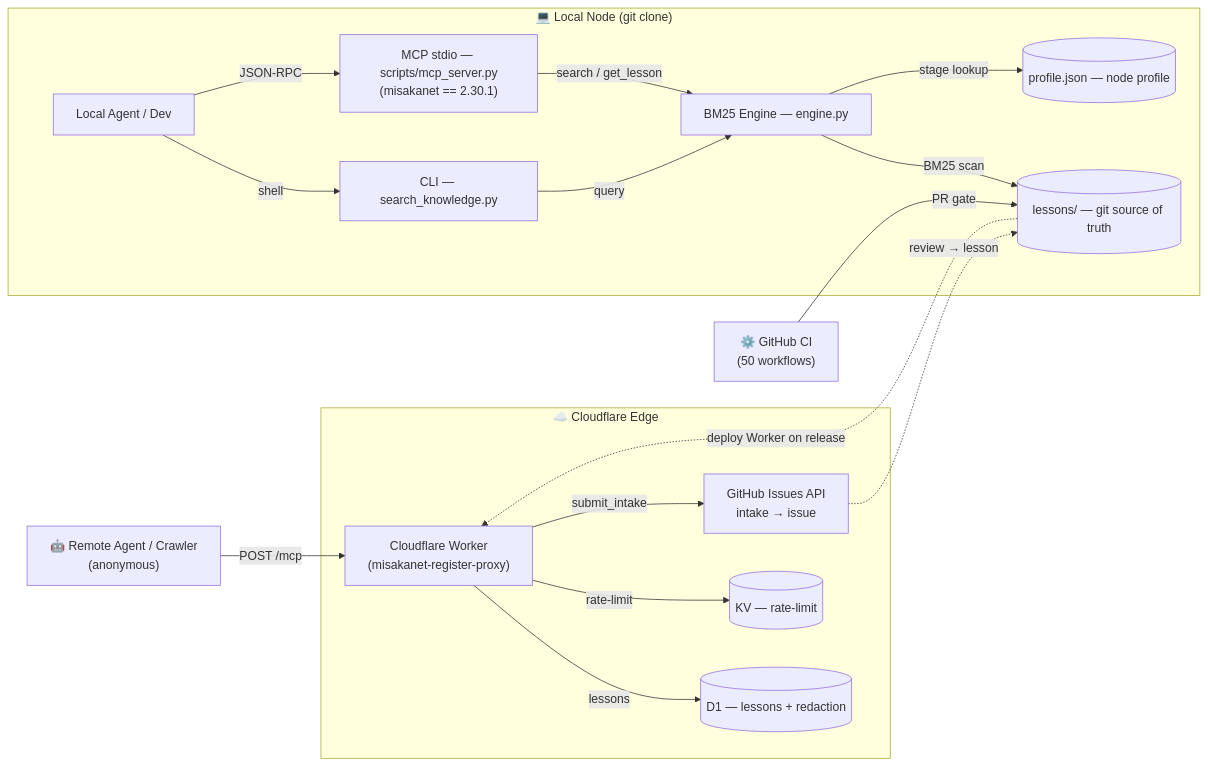
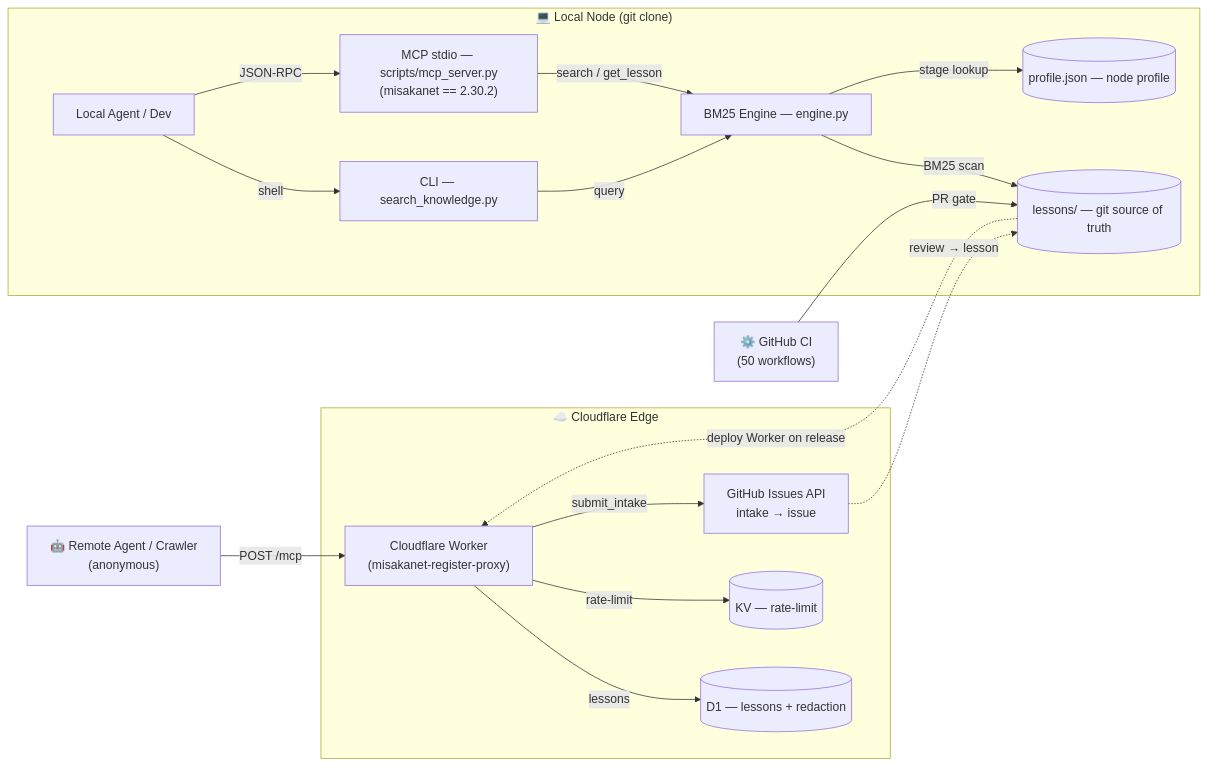
One commit to Ikalus1988/MisakaNet changed the diagram in README.md. Above: the diagram before and after it, drawn with Mermaid. The commit also changed other lines of this file and 19 other files, not shown here.

````diff
--- a/README.md
+++ b/README.md
@@ -415,37 +420,37 @@
 ```mermaid
 flowchart LR
     subgraph Edge["☁️ Cloudflare Edge"]
         Worker["Cloudflare Worker<br/>(misakanet-register-proxy)"]
         D1[("D1 — lessons + redaction")]
         KV[("KV — rate-limit")]
         Intake["GitHub Issues API<br/>intake → issue"]
     end
 
     subgraph Local["💻 Local Node (git clone)"]
         User["Local Agent / Dev"]
         CLI["CLI — search_knowledge.py"]
-        MCP["MCP stdio — scripts/mcp_server.py<br/>(misakanet == 2.30.1)"]
+        MCP["MCP stdio — scripts/mcp_server.py<br/>(misakanet == 2.30.2)"]
         Engine["BM25 Engine — engine.py"]
         Lessons[("lessons/ — git source of truth")]
         Profile[("profile.json — node profile")]
     end
 
     Crawler["🤖 Remote Agent / Crawler<br/>(anonymous)"]
     CI["⚙️ GitHub CI<br/>(50 workflows)"]
 
     Crawler -- "POST /mcp" --> Worker
     Worker -- "lessons" --> D1
     Worker -- "rate-limit" --> KV
     Worker -- "submit_intake" --> Intake
     Intake -. "review → lesson" .-> Lessons
 
     User -- "shell" --> CLI
     User -- "JSON-RPC" --> MCP
     CLI -- "query" --> Engine
     MCP -- "search / get_lesson" --> Engine
     Engine -- "BM25 scan" --> Lessons
     Engine -- "stage lookup" --> Profile
 
     CI -- "PR gate" --> Lessons
     Lessons -. "deploy Worker on release" .-> Worker
 ```
````
